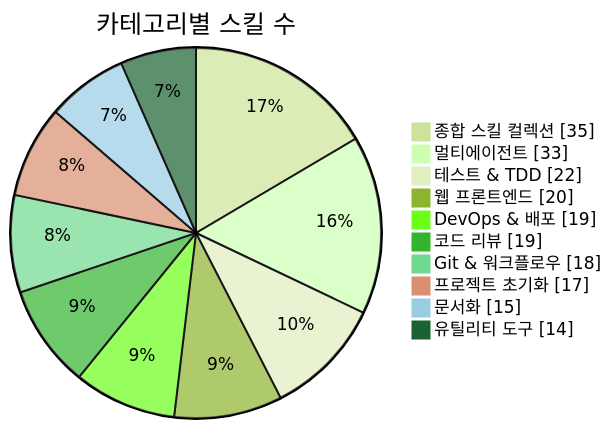
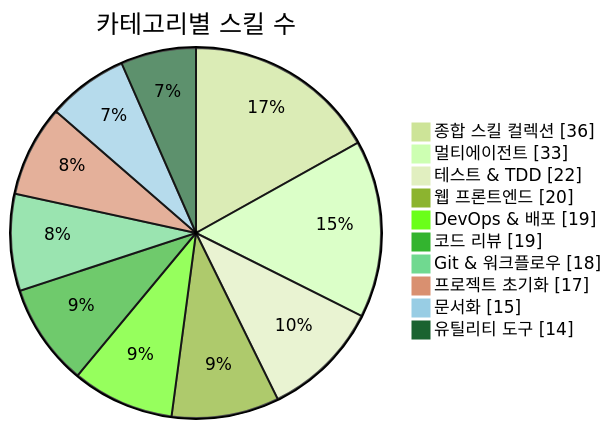
Before and after one commit to J-nowcow/awesome-korean-agent-skills: the first of 3 diagrams in README.md, drawn with Mermaid (forest theme). The commit also changed other lines of this file and 3 other files, not shown here.

````diff
--- a/README.md
+++ b/README.md
@@ -176,14 +176,14 @@
 ```mermaid
 pie showData
     title 카테고리별 스킬 수
-    "종합 스킬 컬렉션" : 35
+    "종합 스킬 컬렉션" : 36
     "멀티에이전트" : 33
     "테스트 & TDD" : 22
     "웹 프론트엔드" : 20
     "DevOps & 배포" : 19
     "코드 리뷰" : 19
     "Git & 워크플로우" : 18
     "프로젝트 초기화" : 17
     "문서화" : 15
     "유틸리티 도구" : 14
 ```
````
